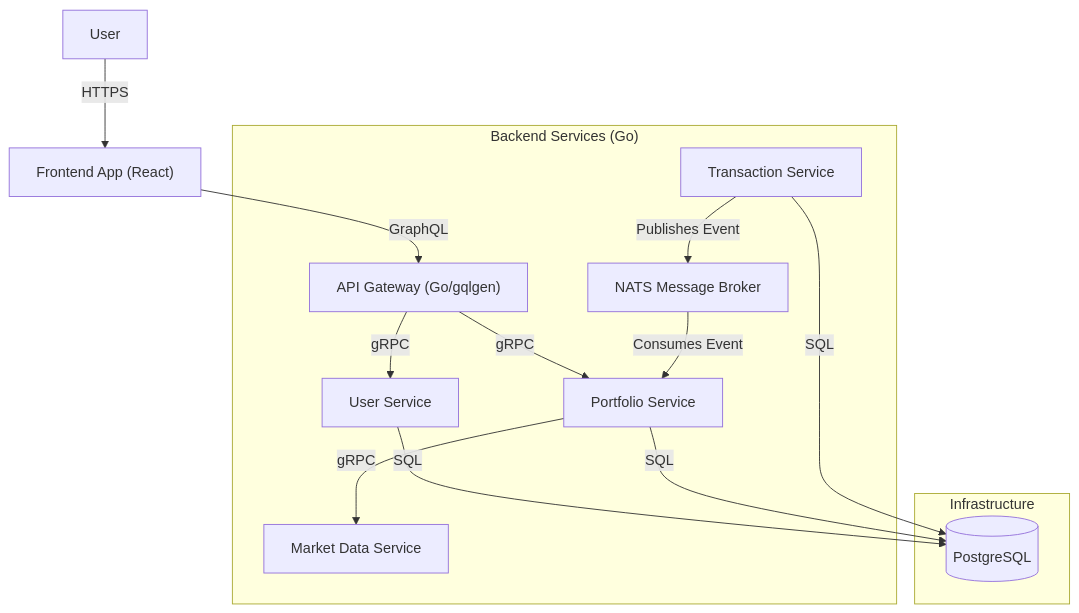
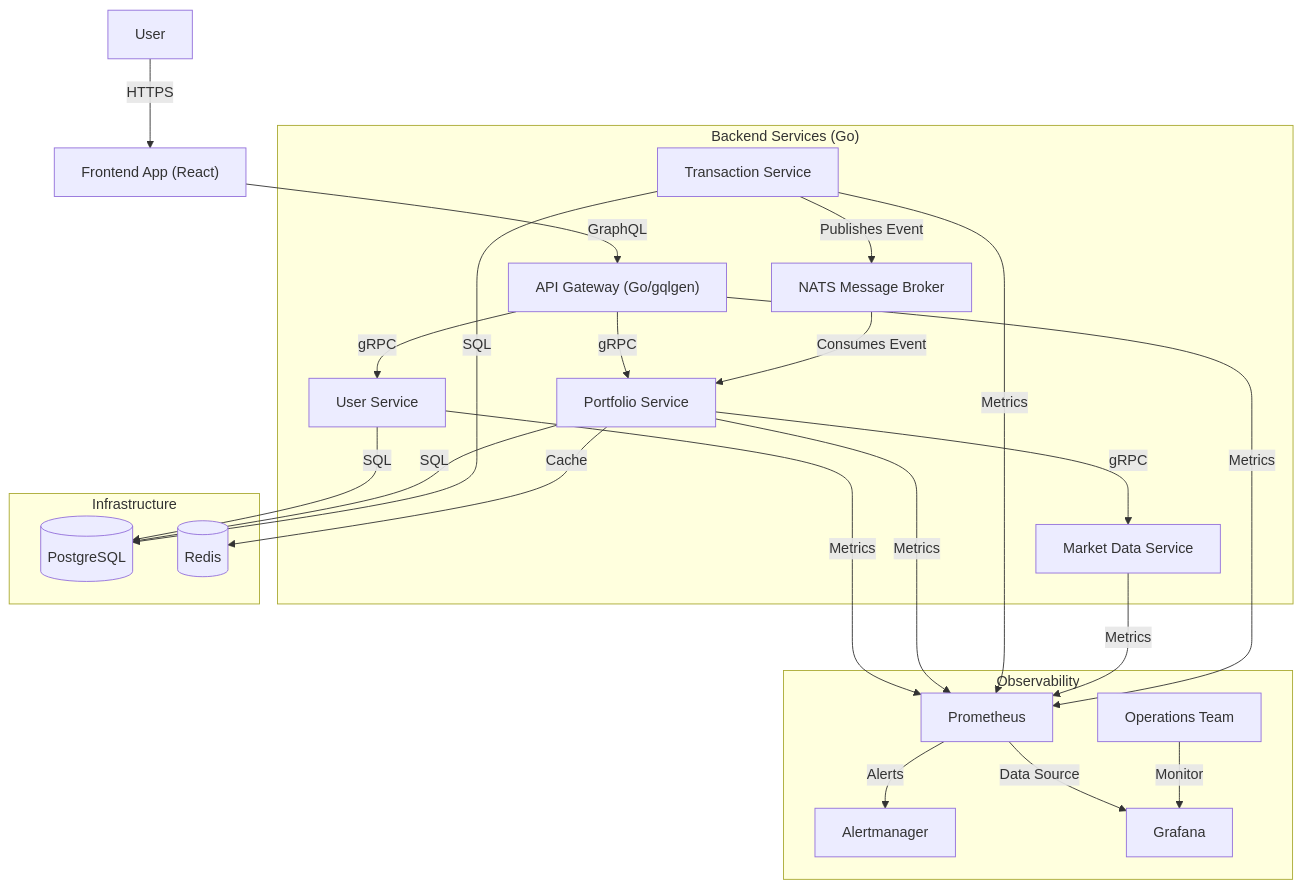
One commit to garcios/portfolio-insights changed the first of 3 diagrams in README.md. Above: the diagram before and after it, drawn with Mermaid. The commit also changed other lines of this file, not shown here.

````diff
--- a/README.md
+++ b/README.md
@@ -11,21 +11,35 @@
 ```mermaid
 graph TD
     User[User] -->|HTTPS| Frontend["Frontend App (React)"]
     Frontend -->|GraphQL| Gateway["API Gateway (Go/gqlgen)"]
     
     subgraph "Backend Services (Go)"
         Gateway -->|gRPC| UserService[User Service]
         Gateway -->|gRPC| PortfolioService[Portfolio Service]
         
         PortfolioService -->|gRPC| MarketData[Market Data Service]
         
         TransactionService[Transaction Service] -->|Publishes Event| NATS[NATS Message Broker]
         NATS -->|Consumes Event| PortfolioService
     end
     
     subgraph "Infrastructure"
         UserService -->|SQL| DB[(PostgreSQL)]
         PortfolioService -->|SQL| DB
         TransactionService -->|SQL| DB
+        PortfolioService -->|Cache| Redis[(Redis)]
+    end
+    
+    subgraph "Observability"
+        UserService -->|Metrics| Prometheus[Prometheus]
+        PortfolioService -->|Metrics| Prometheus
+        TransactionService -->|Metrics| Prometheus
+        MarketData -->|Metrics| Prometheus
+        Gateway -->|Metrics| Prometheus
+        
+        Prometheus -->|Alerts| Alertmanager[Alertmanager]
+        Prometheus -->|Data Source| Grafana[Grafana]
+        
+        Ops[Operations Team] -->|Monitor| Grafana
     end
 ```
````
